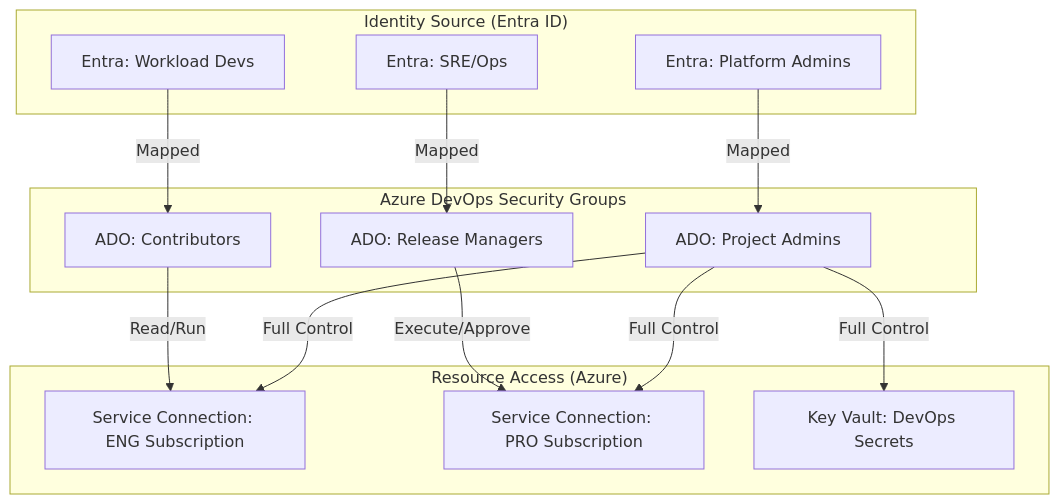
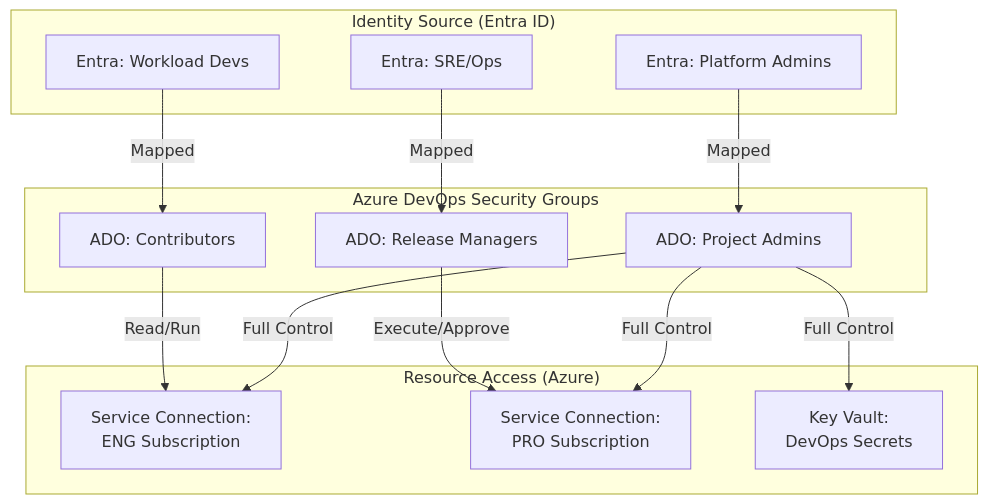
The first of 3 diagrams in docs/412-AZURE_DEVOPS_PIPELINE_SECURITY_AND_GOVERNANCE.md (nubenetes/terraform-azure-devops-agentic), drawn with Mermaid before and after one commit. The commit also changed other lines of this file and 23 other files, not shown here.

Commit message:
docs: establish automated Mermaid validator and eliminate text clipping repo-wide

````diff
--- a/docs/412-AZURE_DEVOPS_PIPELINE_SECURITY_AND_GOVERNANCE.md
+++ b/docs/412-AZURE_DEVOPS_PIPELINE_SECURITY_AND_GOVERNANCE.md
@@ -37,26 +37,26 @@
 ```mermaid
 graph TD
     subgraph "Identity Source (Entra ID)"
         E_ADM[Entra: Platform Admins]
         E_DEV[Entra: Workload Devs]
         E_SRE[Entra: SRE/Ops]
     end
     subgraph "Azure DevOps Security Groups"
         A_ADM[ADO: Project Admins]
         A_MGR[ADO: Release Managers]
         A_CON[ADO: Contributors]
     end
     subgraph "Resource Access (Azure)"
-        SC_ENG[Service Connection: ENG Subscription]
-        SC_PRO[Service Connection: PRO Subscription]
-        KV_SEC[Key Vault: DevOps Secrets]
+        SC_ENG[Service Connection:<br/>ENG Subscription]
+        SC_PRO[Service Connection:<br/>PRO Subscription]
+        KV_SEC[Key Vault:<br/>DevOps Secrets]
     end
     E_ADM -->|Mapped| A_ADM
     E_SRE -->|Mapped| A_MGR
     E_DEV -->|Mapped| A_CON
     A_ADM -->|Full Control| SC_ENG
     A_ADM -->|Full Control| SC_PRO
     A_ADM -->|Full Control| KV_SEC
     A_MGR -->|Execute/Approve| SC_PRO
     A_CON -->|Read/Run| SC_ENG
 ```
````
